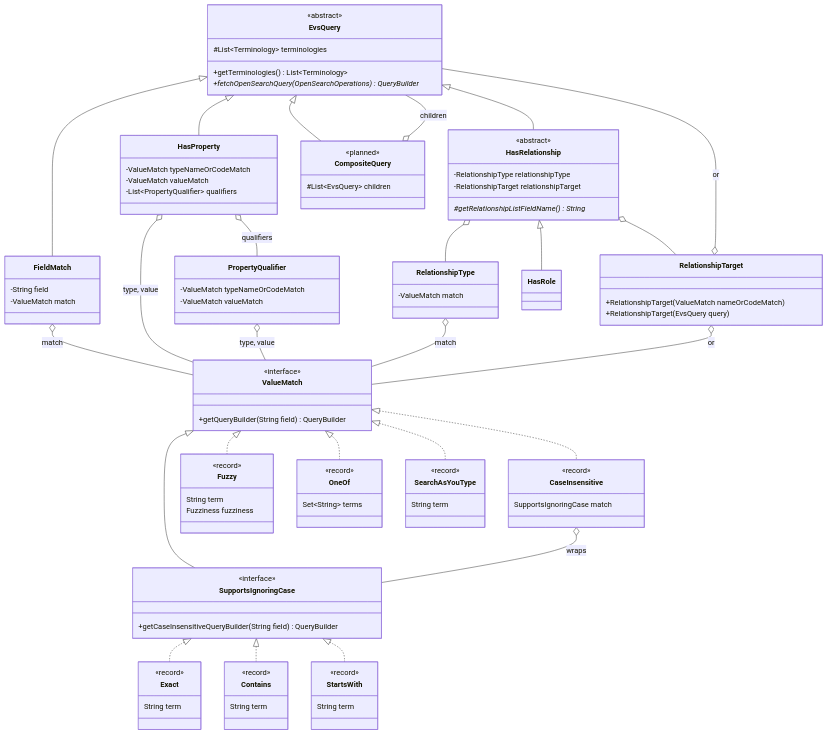
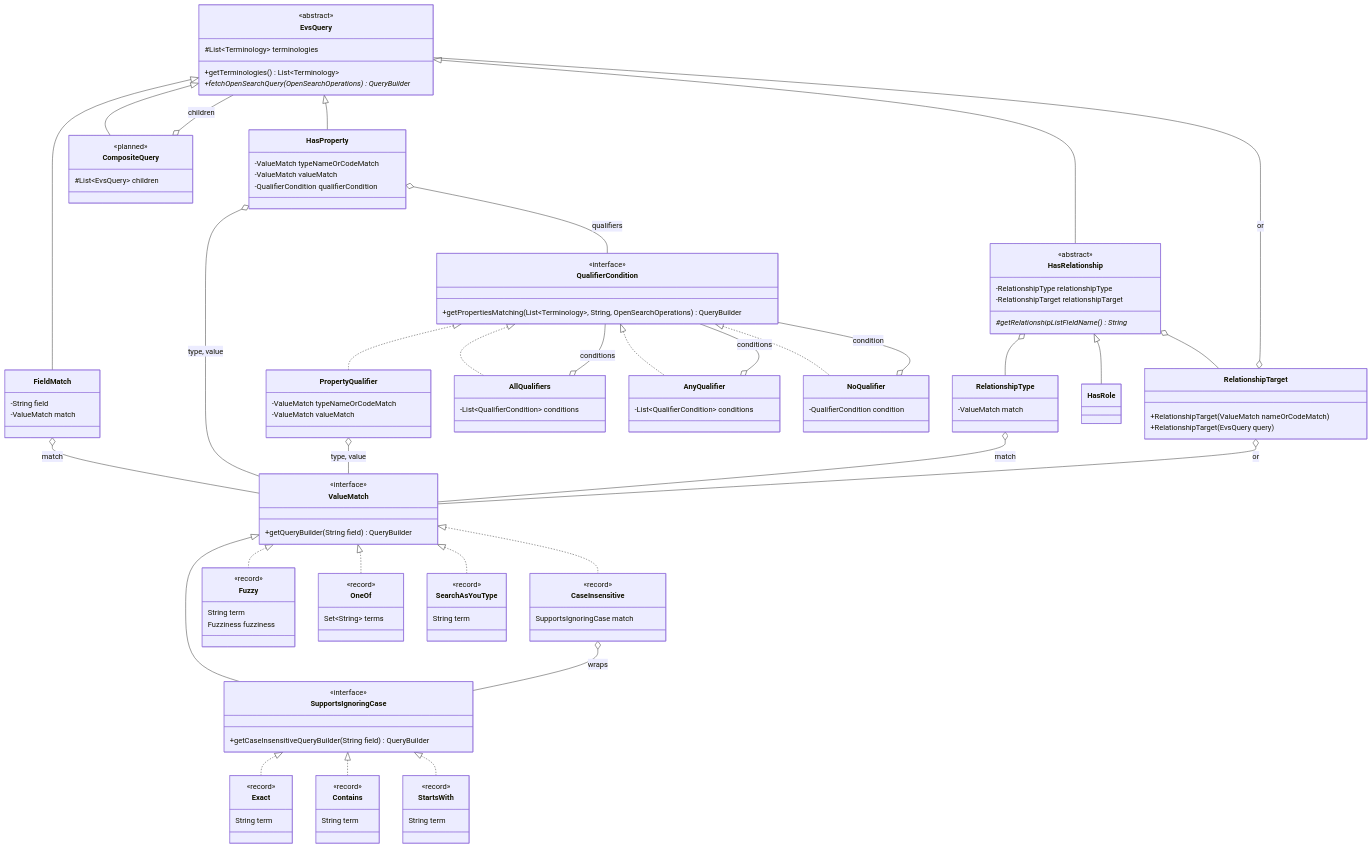
The diagram in src/main/java/gov/nih/nci/evs/api/query/README.md (WestCoastInformatics/evsrestapi), drawn with Mermaid before and after one commit. The commit also changed other lines of this file and 7 other files, not shown here.

First line of the commit message:
Combine property qualifiers with AllQualifiers, AnyQualifier, NoQualifier

```diff
--- a/src/main/java/gov/nih/nci/evs/api/query/README.md
+++ b/src/main/java/gov/nih/nci/evs/api/query/README.md
@@ -77,9 +77,22 @@
     class HasProperty {
         -ValueMatch typeNameOrCodeMatch
         -ValueMatch valueMatch
-        -List~PropertyQualifier~ qualifiers
+        -QualifierCondition qualifierCondition
     }
 
+    class QualifierCondition {
+        <<interface>>
+        +getPropertiesMatching(List~Terminology~, String, OpenSearchOperations) QueryBuilder
+    }
+    class AllQualifiers {
+        -List~QualifierCondition~ conditions
+    }
+    class AnyQualifier {
+        -List~QualifierCondition~ conditions
+    }
+    class NoQualifier {
+        -QualifierCondition condition
+    }
     class PropertyQualifier {
         -ValueMatch typeNameOrCodeMatch
         -ValueMatch valueMatch
@@ -140,7 +153,14 @@
     HasRelationship o-- RelationshipType
     HasRelationship o-- RelationshipTarget
     HasProperty o-- ValueMatch : type, value
-    HasProperty o-- PropertyQualifier : qualifiers
+    HasProperty o-- QualifierCondition : qualifiers
+    QualifierCondition <|.. PropertyQualifier
+    QualifierCondition <|.. AllQualifiers
+    QualifierCondition <|.. AnyQualifier
+    QualifierCondition <|.. NoQualifier
+    AllQualifiers o-- QualifierCondition : conditions
+    AnyQualifier o-- QualifierCondition : conditions
+    NoQualifier o-- QualifierCondition : condition
     PropertyQualifier o-- ValueMatch : type, value
     RelationshipType o-- ValueMatch : match
     RelationshipTarget o-- ValueMatch : or
```
